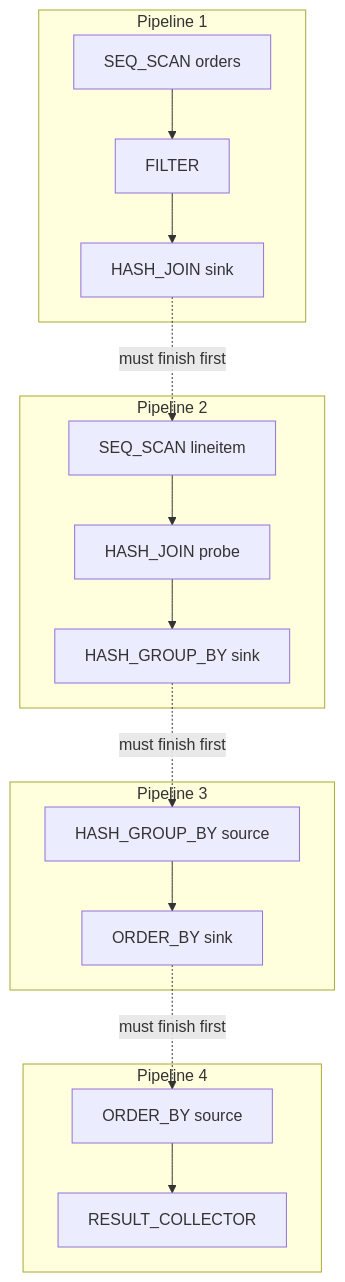
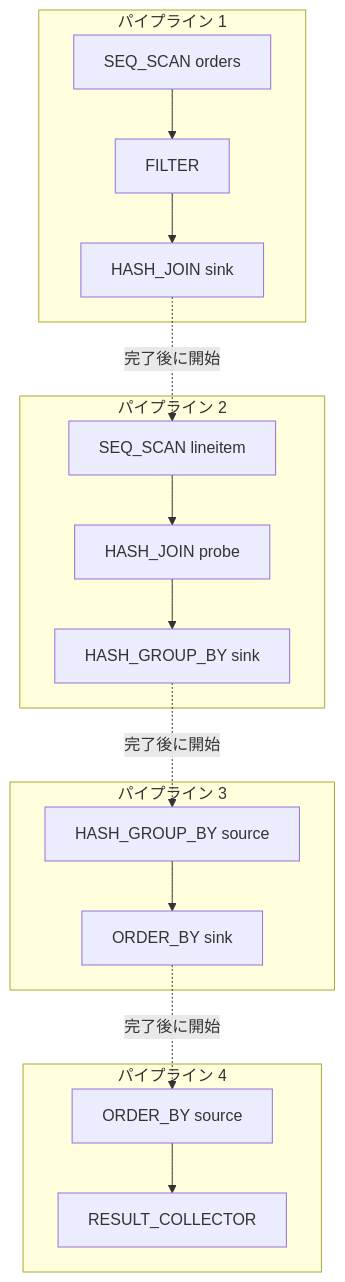
One commit to yoichiozaki/yoichiozaki.github.io changed the first of 2 diagrams in content/blog/ja/duckdb-internals.mdx. Above: the diagram before and after it, drawn with Mermaid. The commit also changed other lines of this file and 220 other files, not shown here.

````diff
--- a/content/blog/ja/duckdb-internals.mdx
+++ b/content/blog/ja/duckdb-internals.mdx
@@ -295,20 +293,20 @@
 ```mermaid
 flowchart TB
-    subgraph P1["Pipeline 1"]
+    subgraph P1["パイプライン 1"]
       A["SEQ_SCAN orders"] --> B["FILTER"]
       B --> C["HASH_JOIN sink"]
     end
-    subgraph P2["Pipeline 2"]
+    subgraph P2["パイプライン 2"]
       D["SEQ_SCAN lineitem"] --> E["HASH_JOIN probe"]
       E --> F["HASH_GROUP_BY sink"]
     end
-    subgraph P3["Pipeline 3"]
+    subgraph P3["パイプライン 3"]
       G["HASH_GROUP_BY source"] --> H["ORDER_BY sink"]
     end
-    subgraph P4["Pipeline 4"]
+    subgraph P4["パイプライン 4"]
       I["ORDER_BY source"] --> J["RESULT_COLLECTOR"]
     end
-    C -.->|"must finish first"| D
-    F -.->|"must finish first"| G
-    H -.->|"must finish first"| I
+    C -.->|"完了後に開始"| D
+    F -.->|"完了後に開始"| G
+    H -.->|"完了後に開始"| I
 ```
````
